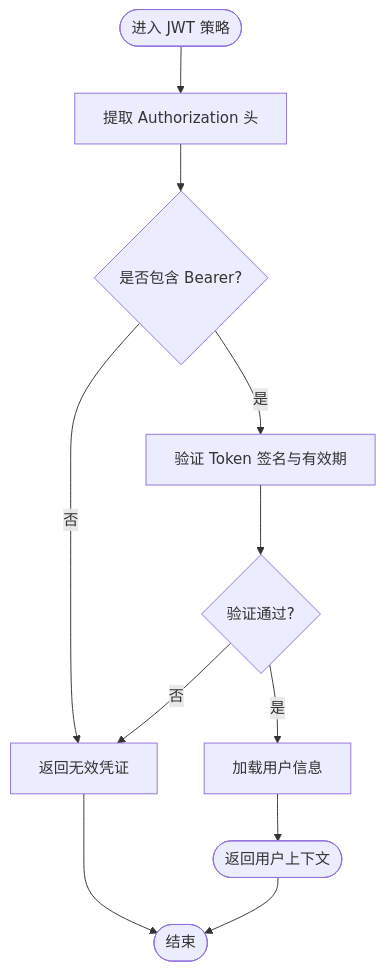
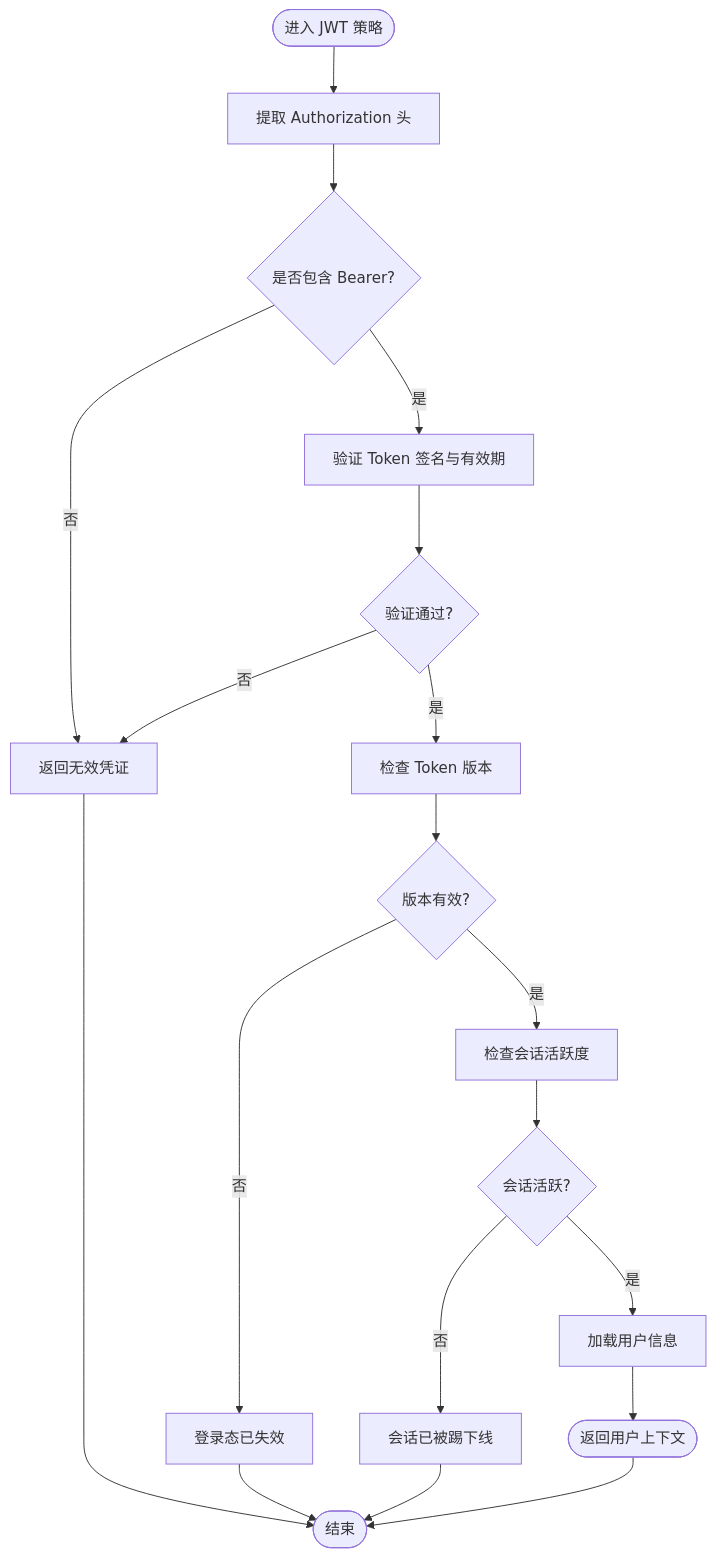
One commit to rc558620/purelyprofit-server changed the third of 13 diagrams in .qoder/repowiki/zh/content/认证授权系统/JWT 认证机制.md. Above: the diagram before and after it, drawn with Mermaid. The commit also changed other lines of this file and 18 other files, not shown here.

````diff
--- a/.qoder/repowiki/zh/content/认证授权系统/JWT 认证机制.md
+++ b/.qoder/repowiki/zh/content/认证授权系统/JWT 认证机制.md
@@ -176,13 +151,21 @@
 ```mermaid
 flowchart TD
 Start(["进入 JWT 策略"]) --> Extract["提取 Authorization 头"]
 Extract --> HasBearer{"是否包含 Bearer?"}
 HasBearer --> |否| Fail["返回无效凭证"]
 HasBearer --> |是| Verify["验证 Token 签名与有效期"]
 Verify --> Valid{"验证通过?"}
 Valid --> |否| Fail
-Valid --> |是| LoadUser["加载用户信息"]
+Valid --> |是| CheckVersion["检查 Token 版本"]
+CheckVersion --> VersionOK{"版本有效?"}
+VersionOK --> |否| Expired["登录态已失效"]
+VersionOK --> |是| CheckSession["检查会话活跃度"]
+CheckSession --> SessionActive{"会话活跃?"}
+SessionActive --> |否| KickedOut["会话已被踢下线"]
+SessionActive --> |是| LoadUser["加载用户信息"]
 LoadUser --> Done(["返回用户上下文"])
 Fail --> End(["结束"])
+Expired --> End
+KickedOut --> End
 Done --> End
 ```
````
